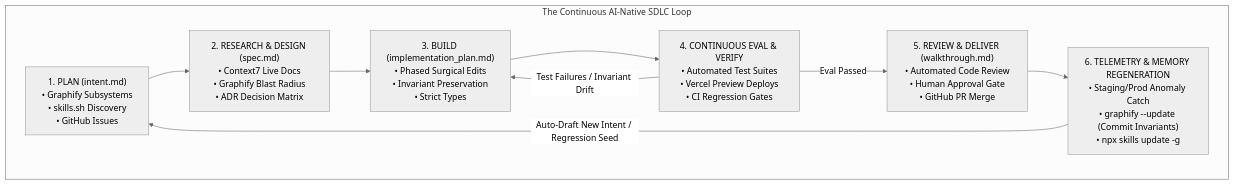
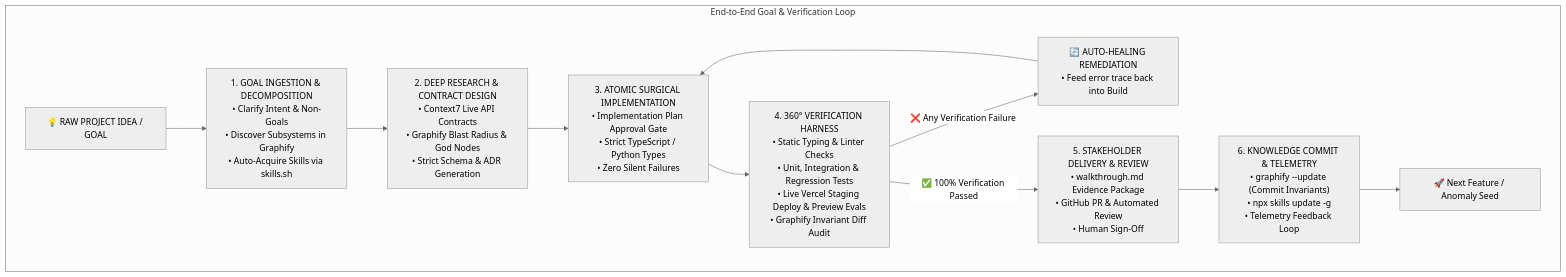
One commit to skysthelimitpainting1779-collab/ai-native-sdlc changed the diagram in skills/ai-native-sdlc/SKILL.md. Above: the diagram before and after it, drawn with Mermaid (neutral theme). The commit also changed other lines of this file, not shown here.

Commit message:
feat: add 360-degree verification matrix and end-to-end goal ingestion engine

````diff
--- a/skills/ai-native-sdlc/SKILL.md
+++ b/skills/ai-native-sdlc/SKILL.md
@@ -14,18 +14,20 @@
 ```mermaid
 graph TD
-    subgraph Closed_Loop ["The Continuous AI-Native SDLC Loop"]
-        L1["1. PLAN (intent.md)<br/>• Graphify Subsystems<br/>• skills.sh Discovery<br/>• GitHub Issues"] 
-        --> L2["2. RESEARCH & DESIGN (spec.md)<br/>• Context7 Live Docs<br/>• Graphify Blast Radius<br/>• ADR Decision Matrix"]
+    subgraph Autonomous_Execution ["End-to-End Goal & Verification Loop"]
+        Goal["💡 RAW PROJECT IDEA / GOAL"] --> Ingest["1. GOAL INGESTION & DECOMPOSITION<br/>• Clarify Intent & Non-Goals<br/>• Discover Subsystems in Graphify<br/>• Auto-Acquire Skills via skills.sh"]
         
-        L2 --> L3["3. BUILD (implementation_plan.md)<br/>• Phased Surgical Edits<br/>• Invariant Preservation<br/>• Strict Types"]
+        Ingest --> Research["2. DEEP RESEARCH & CONTRACT DESIGN<br/>• Context7 Live API Contracts<br/>• Graphify Blast Radius & God Nodes<br/>• Strict Schema & ADR Generation"]
         
-        L3 --> L4["4. CONTINUOUS EVAL & VERIFY<br/>• Automated Test Suites<br/>• Vercel Preview Deploys<br/>• CI Regression Gates"]
+        Research --> Build["3. ATOMIC SURGICAL IMPLEMENTATION<br/>• Implementation Plan Approval Gate<br/>• Strict TypeScript / Python Types<br/>• Zero Silent Failures"]
         
-        L4 -->|Test Failures / Invariant Drift| L3
-        L4 -->|Eval Passed| L5["5. REVIEW & DELIVER (walkthrough.md)<br/>• Automated Code Review<br/>• Human Approval Gate<br/>• GitHub PR Merge"]
+        Build --> Verify["4. 360° VERIFICATION HARNESS<br/>• Static Typing & Linter Checks<br/>• Unit, Integration & Regression Tests<br/>• Live Vercel Staging Deploy & Preview Evals<br/>• Graphify Invariant Diff Audit"]
         
-        L5 --> L6["6. TELEMETRY & MEMORY REGENERATION<br/>• Staging/Prod Anomaly Catch<br/>• graphify --update (Commit Invariants)<br/>• npx skills update -g"]
+        Verify -->|❌ Any Verification Failure| AutoHeal["🔄 AUTO-HEALING REMEDIATION<br/>• Feed error trace back into Build"] --> Build
         
-        L6 -->|Auto-Draft New Intent / Regression Seed| L1
+        Verify -->|✅ 100% Verification Passed| Deliver["5. STAKEHOLDER DELIVERY & REVIEW<br/>• walkthrough.md Evidence Package<br/>• GitHub PR & Automated Review<br/>• Human Sign-Off"]
+        
+        Deliver --> Memory["6. KNOWLEDGE COMMIT & TELEMETRY<br/>• graphify --update (Commit Invariants)<br/>• npx skills update -g<br/>• Telemetry Feedback Loop"]
+        
+        Memory --> NextGoal["🚀 Next Feature / Anomaly Seed"]
     end
 ```
````
